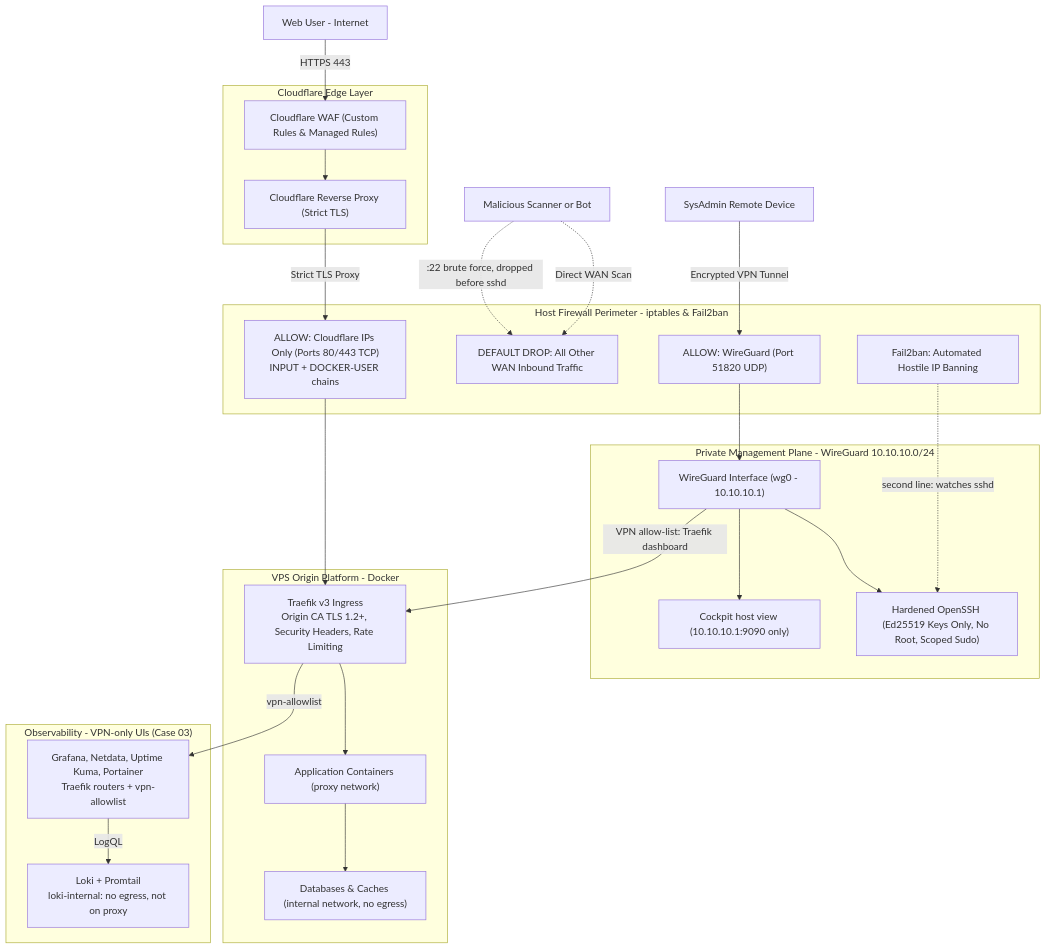
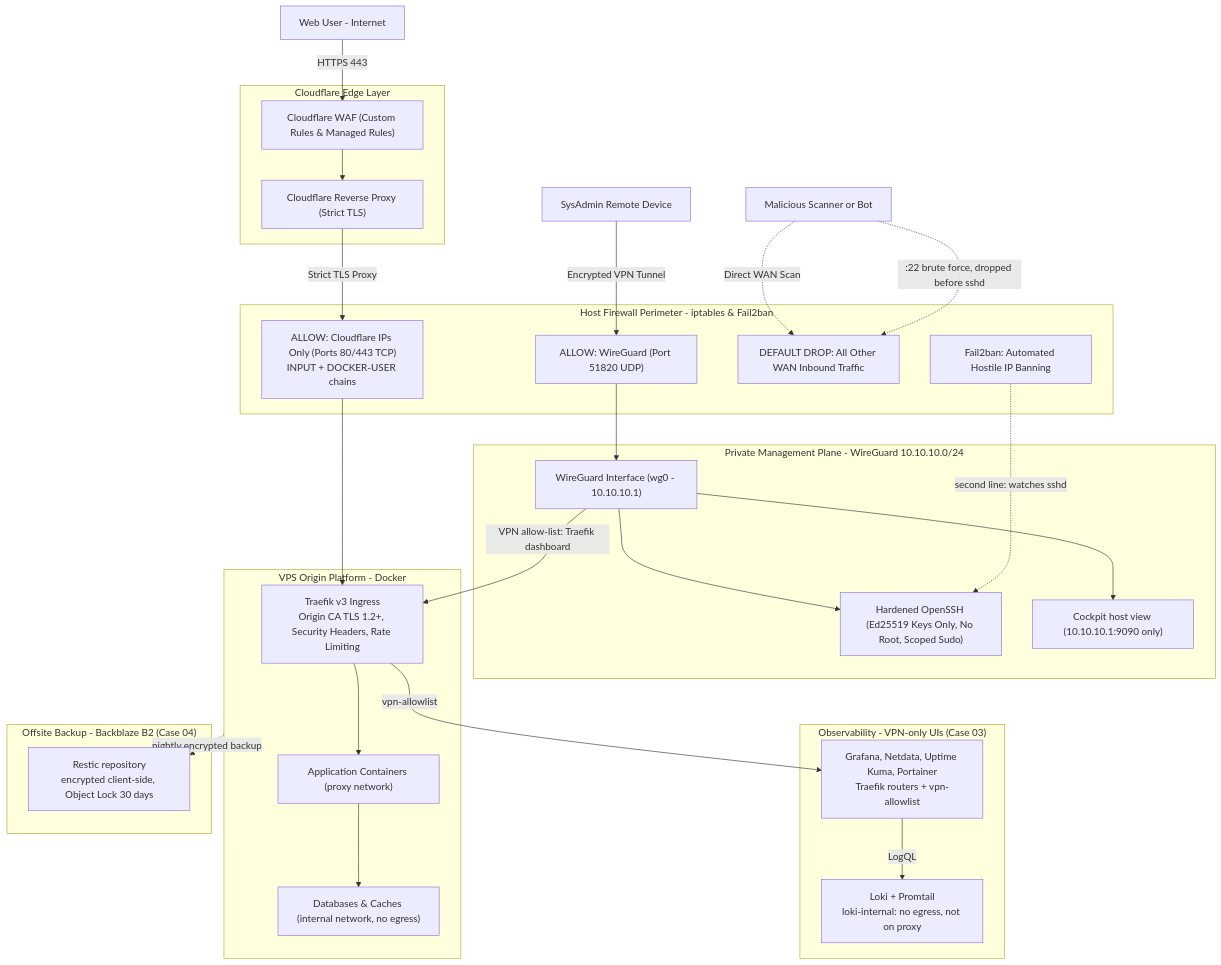
Before and after one commit to gabzaf/zero-trust-vps-platform: the diagram in README.md, drawn with Mermaid. The commit also changed other lines of this file and 5 other files, not shown here.

````diff
--- a/README.md
+++ b/README.md
@@ -16,53 +17,58 @@
 ```mermaid
 graph TD
     User["Web User - Internet"]
     Attacker["Malicious Scanner or Bot"]
     Admin["SysAdmin Remote Device"]
 
     subgraph Cloudflare_Edge["Cloudflare Edge Layer"]
         CF_WAF["Cloudflare WAF (Custom Rules & Managed Rules)"]
         CF_PROXY["Cloudflare Reverse Proxy (Strict TLS)"]
         CF_WAF --> CF_PROXY
     end
 
     subgraph Host_Firewall["Host Firewall Perimeter - iptables & Fail2ban"]
         FW_CF["ALLOW: Cloudflare IPs Only (Ports 80/443 TCP)<br/>INPUT + DOCKER-USER chains"]
         FW_WG["ALLOW: WireGuard (Port 51820 UDP)"]
         FW_DROP["DEFAULT DROP: All Other WAN Inbound Traffic"]
         F2B["Fail2ban: Automated Hostile IP Banning"]
     end
 
     subgraph Admin_Plane["Private Management Plane - WireGuard 10.10.10.0/24"]
         WG_IF["WireGuard Interface (wg0 - 10.10.10.1)"]
         SSH["Hardened OpenSSH (Ed25519 Keys Only, No Root, Scoped Sudo)"]
         COCKPIT["Cockpit host view (10.10.10.1:9090 only)"]
         WG_IF --> SSH
         WG_IF --> COCKPIT
     end
 
     subgraph Origin_Layer["VPS Origin Platform - Docker"]
         TRAEFIK["Traefik v3 Ingress<br/>Origin CA TLS 1.2+, Security Headers, Rate Limiting"]
         APP["Application Containers (proxy network)"]
         DB["Databases & Caches (internal network, no egress)"]
         TRAEFIK --> APP --> DB
     end
 
     subgraph Observe_Layer["Observability - VPN-only UIs (Case 03)"]
         UIS["Grafana, Netdata, Uptime Kuma, Portainer<br/>Traefik routers + vpn-allowlist"]
         LOKI["Loki + Promtail<br/>loki-internal: no egress, not on proxy"]
         UIS -->|LogQL| LOKI
     end
 
+    subgraph Offsite["Offsite Backup - Backblaze B2 (Case 04)"]
+        B2["Restic repository<br/>encrypted client-side, Object Lock 30 days"]
+    end
+
     User -->|HTTPS 443| CF_WAF
     CF_PROXY -->|Strict TLS Proxy| FW_CF
     FW_CF --> TRAEFIK
 
     Attacker -.->|Direct WAN Scan| FW_DROP
     Attacker -.->|":22 brute force, dropped before sshd"| FW_DROP
     F2B -.->|"second line: watches sshd"| SSH
 
     Admin -->|Encrypted VPN Tunnel| FW_WG
     FW_WG --> WG_IF
     WG_IF -->|VPN allow-list: Traefik dashboard| TRAEFIK
     TRAEFIK -->|vpn-allowlist| UIS
+    Origin_Layer -.->|nightly encrypted backup| B2
 ```
````
